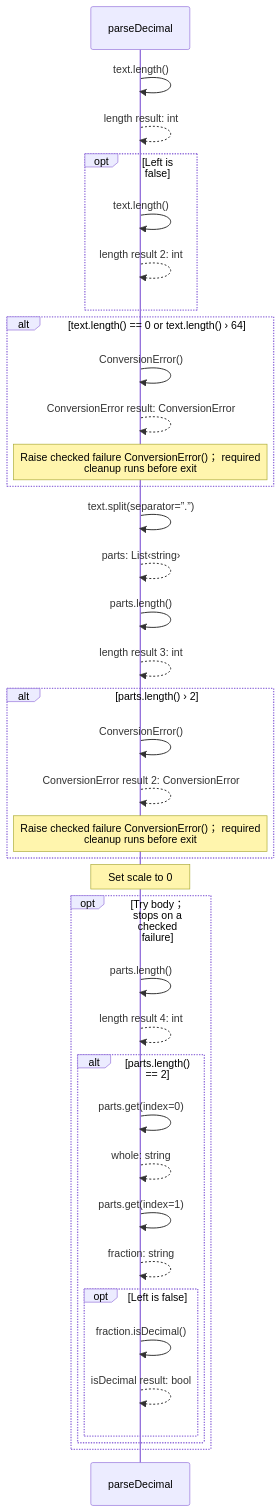
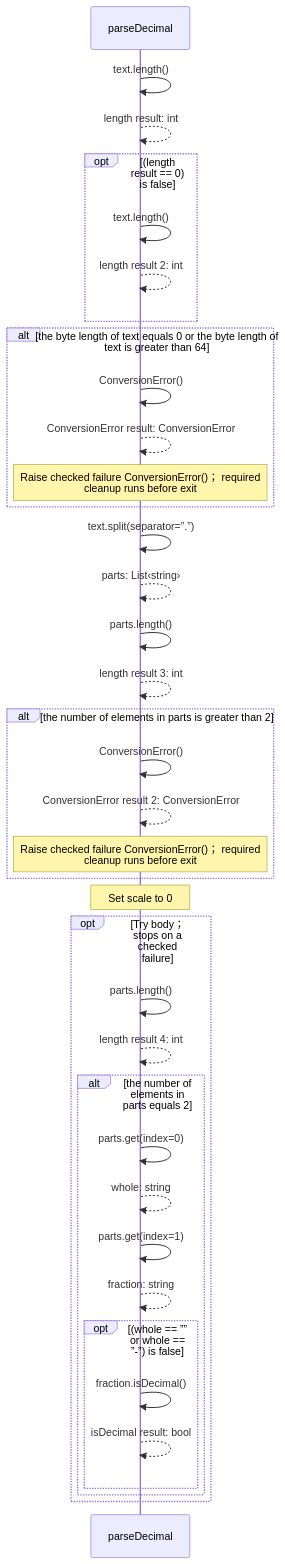
The second of 10 diagrams in src/stdlib/math/decimals.aug.diagrams.md (GreenPandaStudios/augscript), drawn with Mermaid before and after one commit. The commit also changed other lines of this file and 658 other files, not shown here.

````diff
--- a/src/stdlib/math/decimals.aug.diagrams.md
+++ b/src/stdlib/math/decimals.aug.diagrams.md
@@ -38,40 +51,40 @@
 ```mermaid
 sequenceDiagram
     participant p0 as parseDecimal
 
     p0->>p0: text.length()
     p0-->>p0: length result: int
-    opt Left is false
+    opt (length result == 0) is false
     p0->>p0: text.length()
     p0-->>p0: length result 2: int
     end
-    alt text.length() == 0 or text.length() › 64
+    alt the byte length of text equals 0 or the byte length of<br/>text is greater than 64
     p0->>p0: ConversionError()
     p0-->>p0: ConversionError result: ConversionError
     Note over p0: Raise checked failure ConversionError()； required<br/>cleanup runs before exit
     end
     p0->>p0: text.split(separator=”.”)
     p0-->>p0: parts: List‹string›
     p0->>p0: parts.length()
     p0-->>p0: length result 3: int
-    alt parts.length() › 2
+    alt the number of elements in parts is greater than 2
     p0->>p0: ConversionError()
     p0-->>p0: ConversionError result 2: ConversionError
     Note over p0: Raise checked failure ConversionError()； required<br/>cleanup runs before exit
     end
     Note over p0: Set scale to 0
     opt Try body； stops on a checked failure
     p0->>p0: parts.length()
     p0-->>p0: length result 4: int
-    alt parts.length() == 2
+    alt the number of elements in parts equals 2
     p0->>p0: parts.get(index=0)
     p0-->>p0: whole: string
     p0->>p0: parts.get(index=1)
     p0-->>p0: fraction: string
-    opt Left is false
+    opt (whole == ”” or whole == ”-”) is false
     p0->>p0: fraction.isDecimal()
     p0-->>p0: isDecimal result: bool
     end
     end
     end
 ```
````
